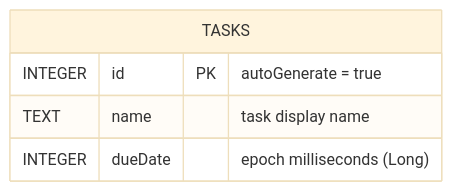
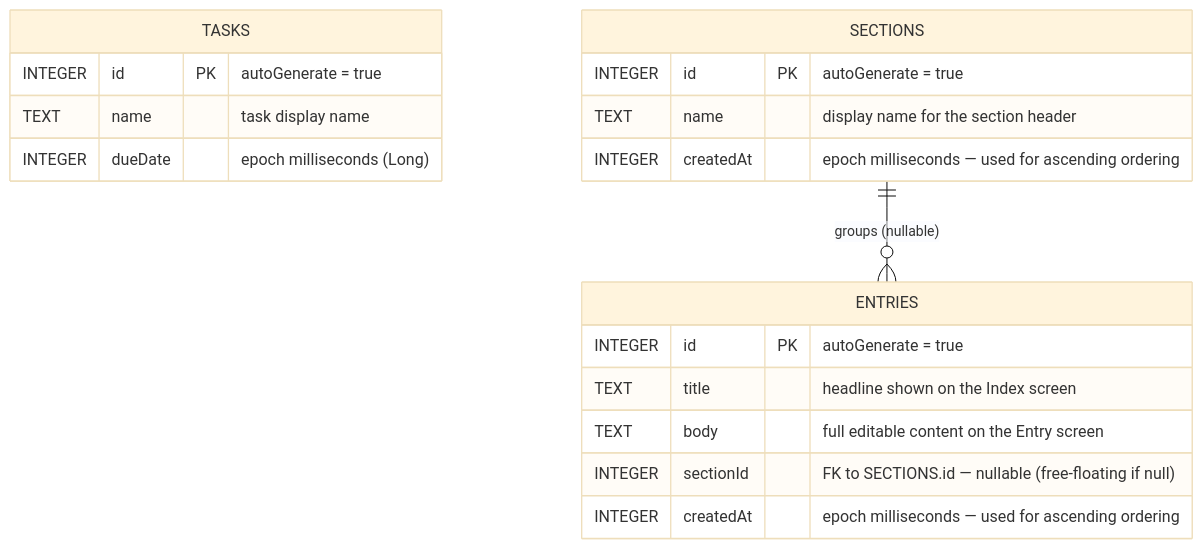
Before and after one commit to x2Shainz/OnePercent: the diagram in memory/ai/diagrams/database-schema.md, drawn with Mermaid (base theme). The commit also changed other lines of this file and 21 other files, not shown here.

First line of the commit message:
Add entries and user sections to Index screen (Plan B)

````diff
--- a/memory/ai/diagrams/database-schema.md
+++ b/memory/ai/diagrams/database-schema.md
@@ -5,8 +5,24 @@
 ```mermaid
 erDiagram
     TASKS {
         INTEGER id PK "autoGenerate = true"
         TEXT    name   "task display name"
         INTEGER dueDate "epoch milliseconds (Long)"
     }
+
+    SECTIONS {
+        INTEGER id        PK "autoGenerate = true"
+        TEXT    name      "display name for the section header"
+        INTEGER createdAt "epoch milliseconds — used for ascending ordering"
+    }
+
+    ENTRIES {
+        INTEGER id        PK "autoGenerate = true"
+        TEXT    title     "headline shown on the Index screen"
+        TEXT    body      "full editable content on the Entry screen"
+        INTEGER sectionId "FK to SECTIONS.id — nullable (free-floating if null)"
+        INTEGER createdAt "epoch milliseconds — used for ascending ordering"
+    }
+
+    SECTIONS ||--o{ ENTRIES : "groups (nullable)"
 ```
````
